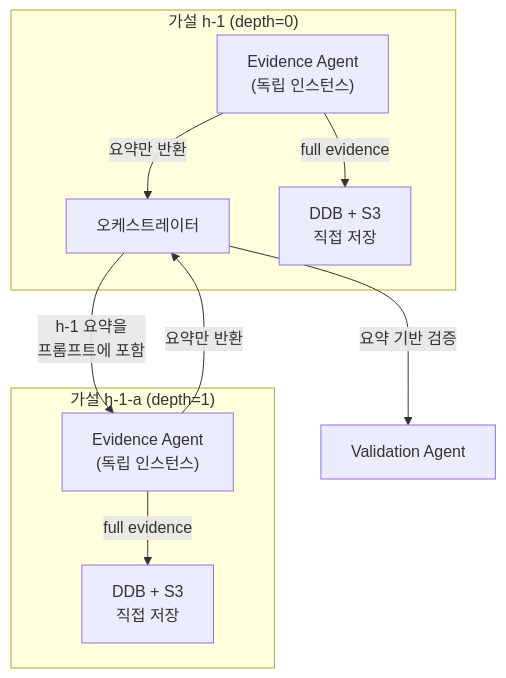
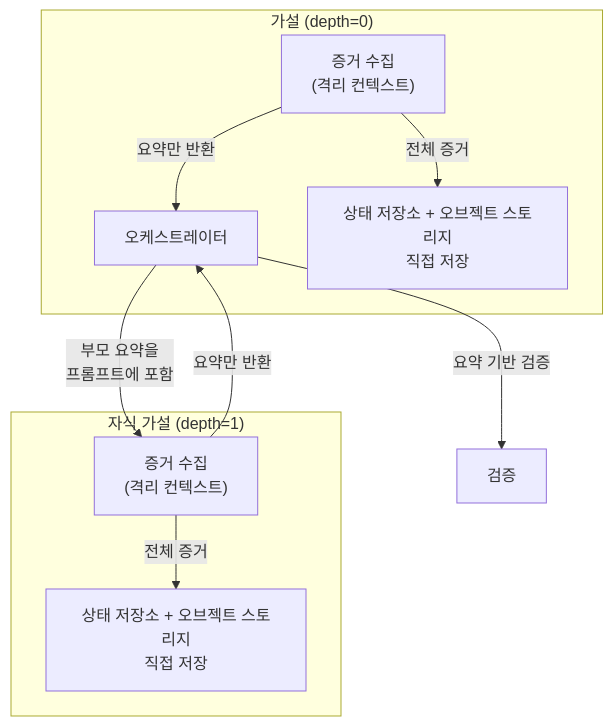
The diagram in docs/adr/agent/0014-hierarchical-evidence-session-isolation.md (haandol/rca-agent), drawn with Mermaid before and after one commit. The commit also changed other lines of this file and 27 other files, not shown here.

````diff
--- a/docs/adr/agent/0014-hierarchical-evidence-session-isolation.md
+++ b/docs/adr/agent/0014-hierarchical-evidence-session-isolation.md
@@ -76,19 +50,19 @@
 ```mermaid
 flowchart TD
     Orch["오케스트레이터"]
 
-    subgraph H1["가설 h-1 (depth=0)"]
-        EA1["Evidence Agent\n(독립 인스턴스)"]
-        EA1 -- "full evidence" --> DDB1["DDB + S3\n직접 저장"]
+    subgraph H1["가설 (depth=0)"]
+        EA1["증거 수집\n(격리 컨텍스트)"]
+        EA1 -- "전체 증거" --> STORE1["상태 저장소 + 오브젝트 스토리지\n직접 저장"]
         EA1 -- "요약만 반환" --> Orch
     end
 
-    subgraph H1A["가설 h-1-a (depth=1)"]
-        EA1A["Evidence Agent\n(독립 인스턴스)"]
-        EA1A -- "full evidence" --> DDB1A["DDB + S3\n직접 저장"]
+    subgraph H1A["자식 가설 (depth=1)"]
+        EA1A["증거 수집\n(격리 컨텍스트)"]
+        EA1A -- "전체 증거" --> STORE2["상태 저장소 + 오브젝트 스토리지\n직접 저장"]
         EA1A -- "요약만 반환" --> Orch
     end
 
-    Orch -- "h-1 요약을\n프롬프트에 포함" --> EA1A
-    Orch -- "요약 기반 검증" --> Val["Validation Agent"]
+    Orch -- "부모 요약을\n프롬프트에 포함" --> EA1A
+    Orch -- "요약 기반 검증" --> Val["검증"]
 ```
````
